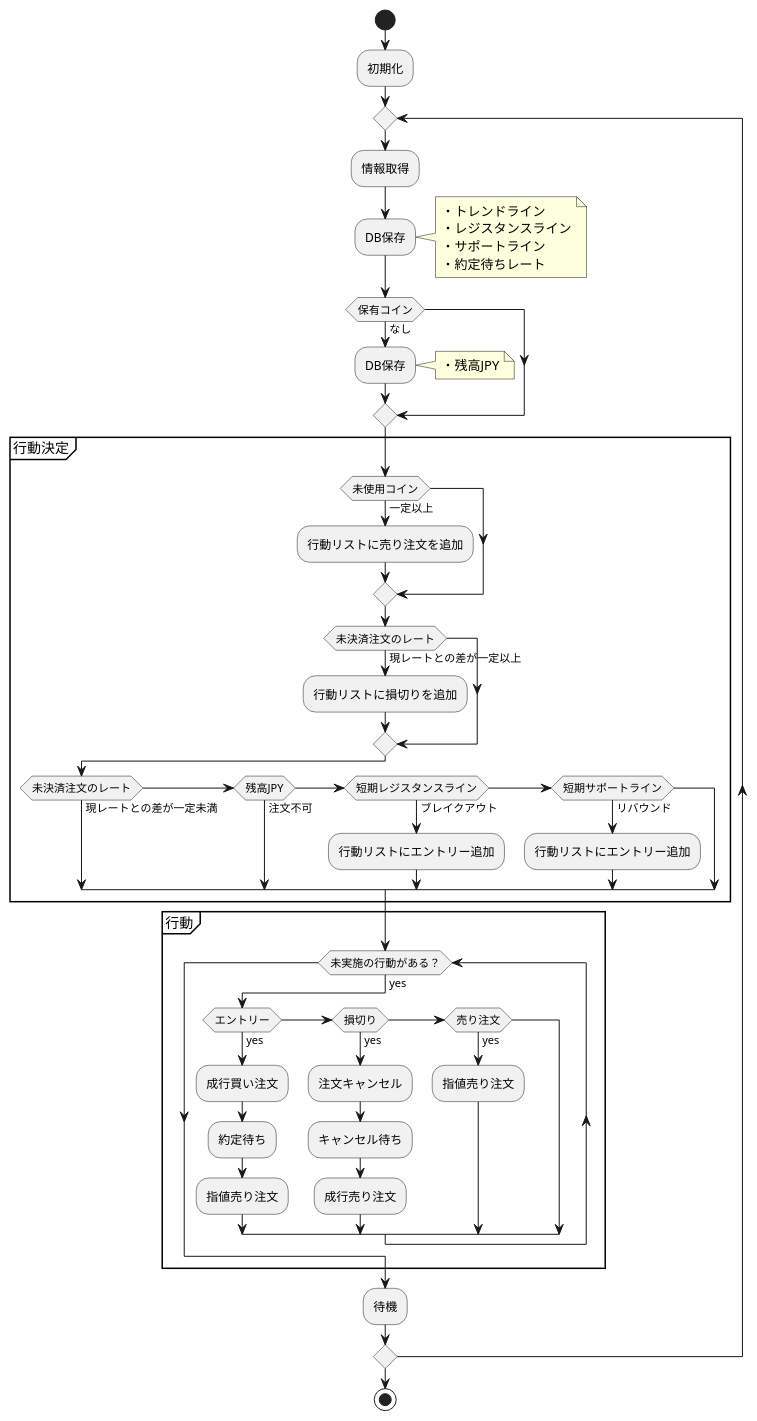
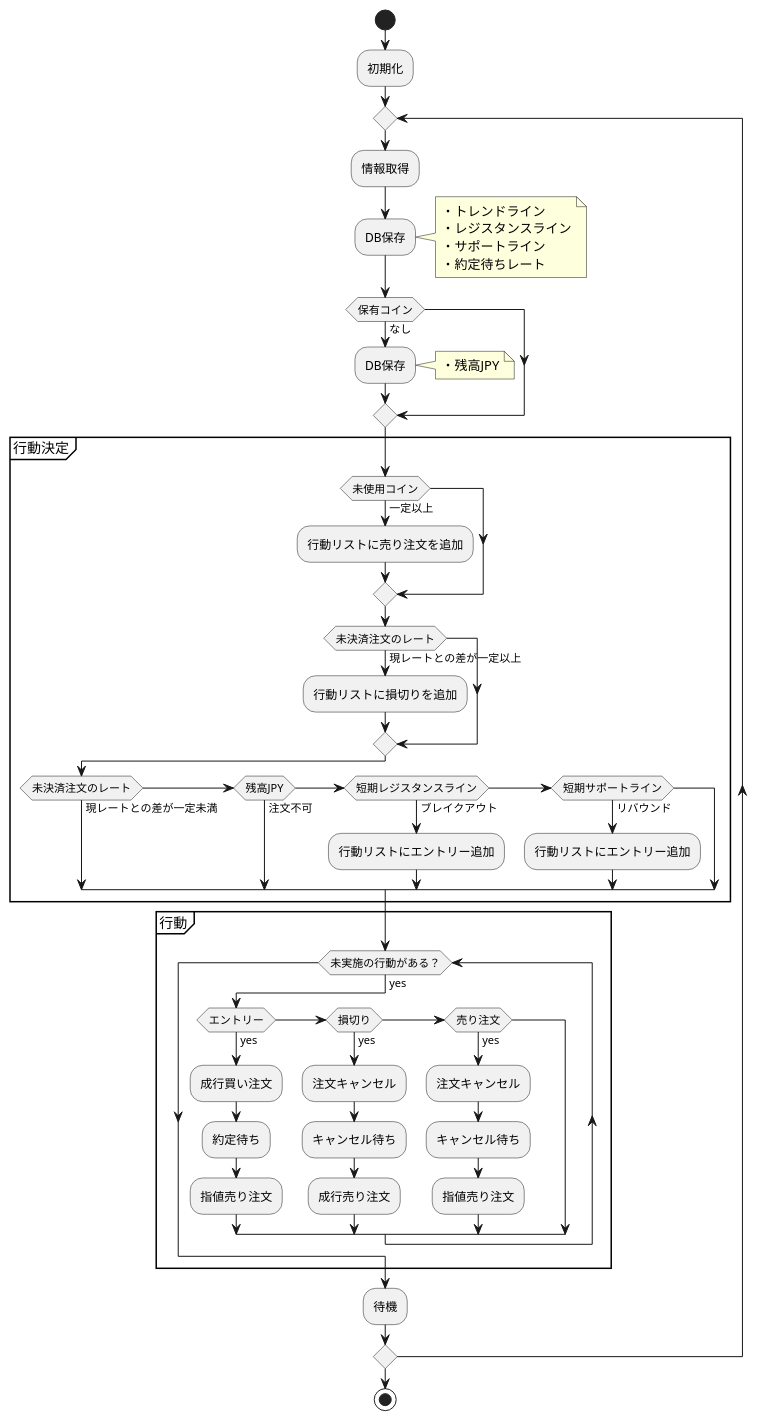
One commit to canpok1/trading-bot-rust changed the diagram in docs/bot.plantuml. Above: the diagram before and after it, drawn with PlantUML. The commit also changed 17 other files, not shown here.

```diff
--- a/docs/bot.plantuml
+++ b/docs/bot.plantuml
@@ -1,61 +1,63 @@
 @startuml trading-bot-rust
 start
 
 :初期化;
 
 repeat
     :情報取得;
 
     :DB保存;
     note right
         ・トレンドライン
         ・レジスタンスライン
         ・サポートライン
         ・約定待ちレート
     end note
 
     if (保有コイン) then (なし)
         :DB保存;
         note right
             ・残高JPY
         end note
     endif
 
     partition 行動決定 {
         if (未使用コイン) then (一定以上)
             :行動リストに売り注文を追加;
         endif
 
         if (未決済注文のレート) then (現レートとの差が一定以上)
             :行動リストに損切りを追加;
         endif
         if (未決済注文のレート) then (現レートとの差が一定未満)
         elseif (残高JPY) then (注文不可)
         elseif (短期レジスタンスライン) then (ブレイクアウト)
             :行動リストにエントリー追加;
         elseif (短期サポートライン) then (リバウンド)
             :行動リストにエントリー追加;
         endif
     }
 
     partition 行動 {
         while (未実施の行動がある？) is (yes)
             if (エントリー) then (yes)
                 :成行買い注文;
                 :約定待ち;
                 :指値売り注文;
             elseif (損切り) then (yes)
                 :注文キャンセル;
                 :キャンセル待ち;
                 :成行売り注文;
             elseif (売り注文) then (yes)
+                :注文キャンセル;
+                :キャンセル待ち;
                 :指値売り注文;
             endif
         endwhile
     }
 
     :待機;
 repeat while
 
 stop
 @enduml
```
